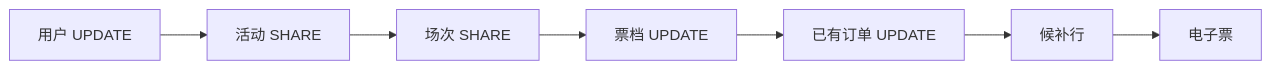
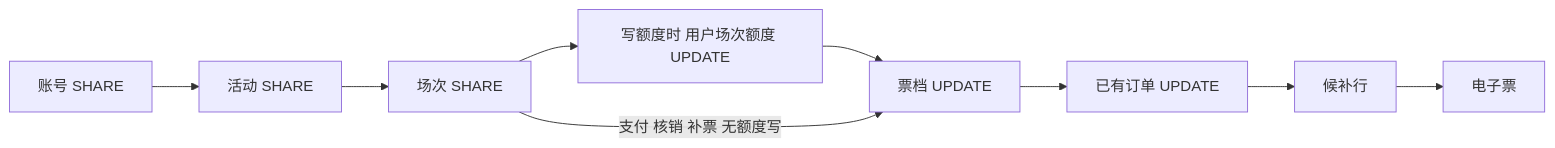
The third of 3 diagrams in docs/01-architecture.md (WGMJJM/ticketing), drawn with Mermaid before and after one commit. The commit also changed other lines of this file and 11 other files, not shown here.

````diff
--- a/docs/01-architecture.md
+++ b/docs/01-architecture.md
@@ -92,9 +93,11 @@
 ```mermaid
 flowchart LR
-  U[用户 UPDATE] --> A[活动 SHARE]
+  U[账号 SHARE] --> A[活动 SHARE]
   A --> S[场次 SHARE]
-  S --> K[票档 UPDATE]
+  S --> Q[写额度时 用户场次额度 UPDATE]
+  Q --> K[票档 UPDATE]
+  S -->|支付 核销 补票 无额度写| K
   K --> O[已有订单 UPDATE]
   O --> W[候补行]
   W --> T[电子票]
 ```
````
